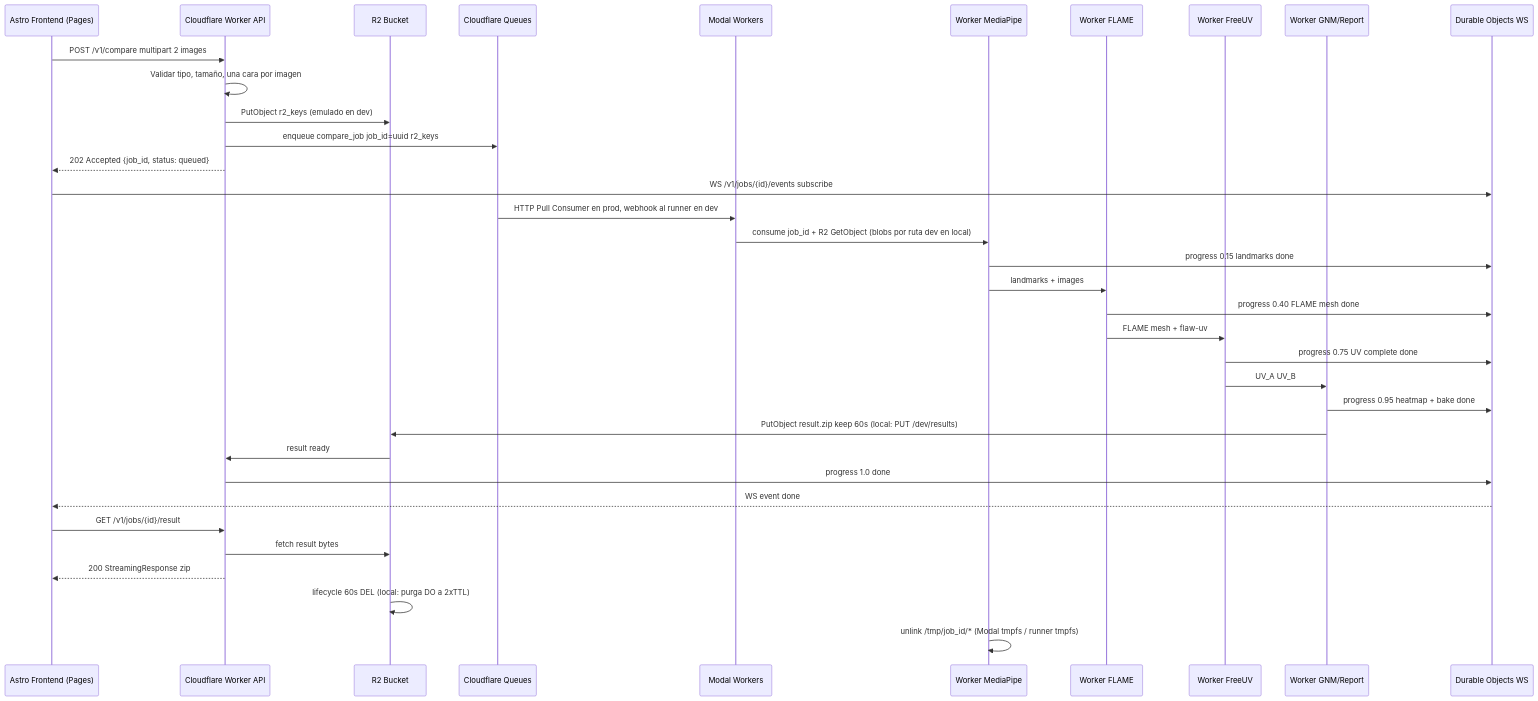
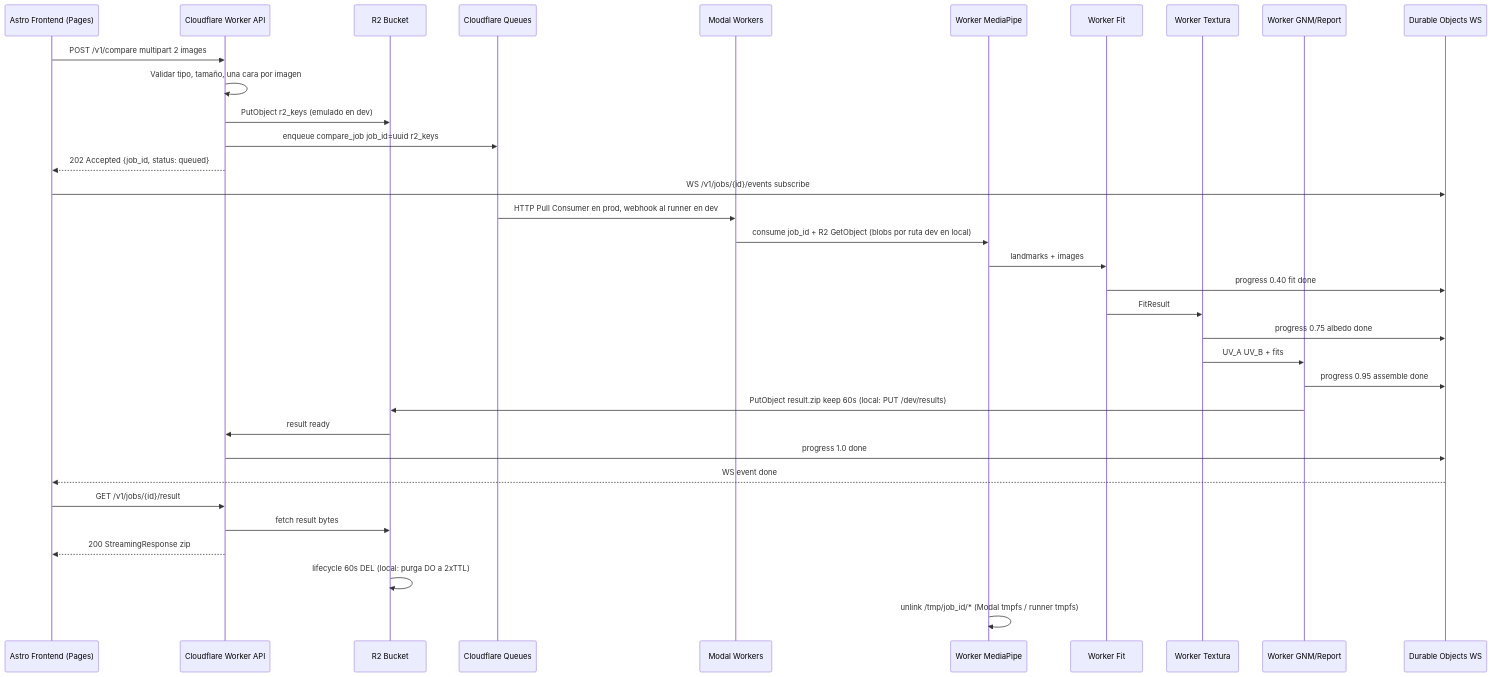
Before and after one commit to dinoesau/vultus: the fourth of 4 diagrams in PIPELINE.md, drawn with Mermaid. The commit also changed other lines of this file and 24 other files, not shown here.

````diff
--- a/PIPELINE.md
+++ b/PIPELINE.md
@@ -108,38 +108,37 @@
 ```mermaid
 sequenceDiagram
     participant FE as Astro Frontend (Pages)
     participant CF as Cloudflare Worker API
     participant R2 as R2 Bucket
     participant Q as Cloudflare Queues
     participant MO as Modal Workers
     participant W1 as Worker MediaPipe
-    participant W2 as Worker FLAME
-    participant W3 as Worker FreeUV
+    participant W2 as Worker Fit
+    participant W3 as Worker Textura
     participant W4 as Worker GNM/Report
     participant DO as Durable Objects WS
 
     FE->>CF: POST /v1/compare multipart 2 images
     CF->>CF: Validar tipo, tamaño, una cara por imagen
     CF->>R2: PutObject r2_keys (emulado en dev)
     CF->>Q: enqueue compare_job job_id=uuid r2_keys
     CF-->>FE: 202 Accepted {job_id, status: queued}
     FE->>DO: WS /v1/jobs/{id}/events subscribe
     Q->>MO: HTTP Pull Consumer en prod, webhook al runner en dev
     MO->>W1: consume job_id + R2 GetObject (blobs por ruta dev en local)
-    W1->>DO: progress 0.15 landmarks done
     W1->>W2: landmarks + images
-    W2->>DO: progress 0.40 FLAME mesh done
-    W2->>W3: FLAME mesh + flaw-uv
-    W3->>DO: progress 0.75 UV complete done
-    W3->>W4: UV_A UV_B
-    W4->>DO: progress 0.95 heatmap + bake done
+    W2->>DO: progress 0.40 fit done
+    W2->>W3: FitResult
+    W3->>DO: progress 0.75 albedo done
+    W3->>W4: UV_A UV_B + fits
+    W4->>DO: progress 0.95 assemble done
     W4->>R2: PutObject result.zip keep 60s (local: PUT /dev/results)
     R2->>CF: result ready
     CF->>DO: progress 1.0 done
     DO-->>FE: WS event done
     FE->>CF: GET /v1/jobs/{id}/result
     CF->>R2: fetch result bytes
     CF-->>FE: 200 StreamingResponse zip
     R2->>R2: lifecycle 60s DEL (local: purga DO a 2xTTL)
     W1->>W1: unlink /tmp/job_id/* (Modal tmpfs / runner tmpfs)
 ```
````
